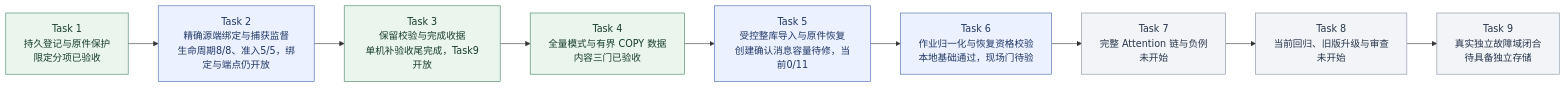
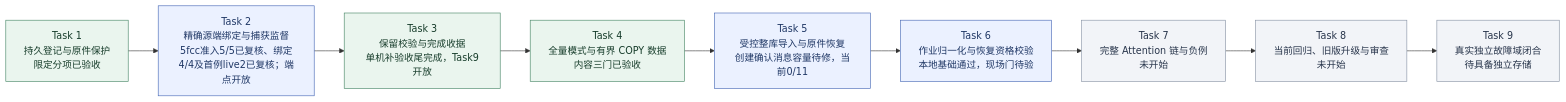
Before and after one commit to MansurnamedZhang/learning-system-p0c4: the second of 9 diagrams in docs/KnowWeave实施路线与系统架构.md, drawn with Mermaid. The commit also changed other lines of this file and 7 other files, not shown here.

````diff
--- a/docs/KnowWeave实施路线与系统架构.md
+++ b/docs/KnowWeave实施路线与系统架构.md
@@ -72,26 +72,26 @@
 ```mermaid
 flowchart LR
     C4T1["Task 1<br/>持久登记与原件保护<br/>限定分项已验收"]
-    C4T2["Task 2<br/>精确源端绑定与捕获监督<br/>生命周期8/8、准入5/5，绑定与端点仍开放"]
+    C4T2["Task 2<br/>精确源端绑定与捕获监督<br/>5fcc准入5/5已复核、绑定4/4及首例live2已复核；端点开放"]
     C4T3["Task 3<br/>保留校验与完成收据<br/>单机补验收尾完成，Task9开放"]
     C4T4["Task 4<br/>全量模式与有界 COPY 数据<br/>内容三门已验收"]
     C4T5["Task 5<br/>受控整库导入与原件恢复<br/>创建确认消息容量待修，当前0/11"]
     C4T6["Task 6<br/>作业归一化与恢复资格校验<br/>本地基础通过，现场门待验"]
     C4T7["Task 7<br/>完整 Attention 链与负例<br/>未开始"]
     C4T8["Task 8<br/>当前回归、旧版升级与审查<br/>未开始"]
     C4T9["Task 9<br/>真实独立故障域闭合<br/>待具备独立存储"]
     C4T1 --> C4T2
     C4T2 --> C4T3
     C4T3 --> C4T4
     C4T4 --> C4T5
     C4T5 --> C4T6
     C4T6 --> C4T7
     C4T7 --> C4T8
     C4T8 --> C4T9
     class C4T1,C4T3,C4T4 done
     class C4T2,C4T5,C4T6 next
     class C4T7,C4T8,C4T9 planned
     classDef done fill:#eaf5ee,stroke:#438363,color:#173d2b
     classDef next fill:#ebf1ff,stroke:#4365b4,color:#203866
     classDef planned fill:#f2f4f8,stroke:#8591a3,color:#28354b
 ```
````
